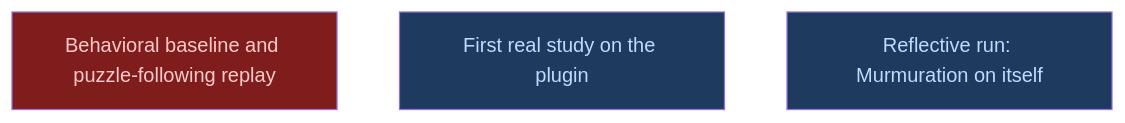
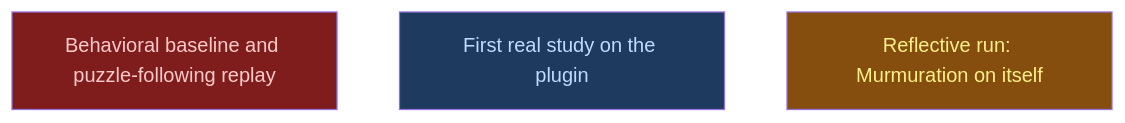
The diagram in __roadmap__/murmuration/build/pilot/README.md (CrackingShells/Murmuration), drawn with Mermaid before and after one commit. The commit also changed other lines of this file, not shown here.

Commit message:
chore(roadmap): start the reflective run

````diff
--- a/__roadmap__/murmuration/build/pilot/README.md
+++ b/__roadmap__/murmuration/build/pilot/README.md
@@ -16,11 +16,11 @@
 ```mermaid
 graph TD
     baseline[Behavioral baseline and puzzle-following replay]:::blocked
     first_study[First real study on the plugin]:::amendment
-    reflective_run[Reflective run: Murmuration on itself]:::amendment
+    reflective_run[Reflective run: Murmuration on itself]:::inprogress
     classDef done       fill:#166534,color:#bbf7d0
     classDef inprogress fill:#854d0e,color:#fef08a
     classDef planned    fill:#374151,color:#e5e7eb
     classDef amendment  fill:#1e3a5f,color:#bfdbfe
     classDef blocked    fill:#7f1d1d,color:#fecaca
 ```
````
